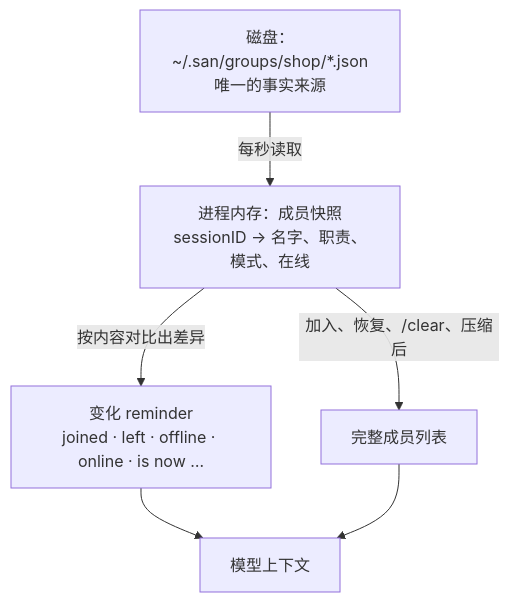
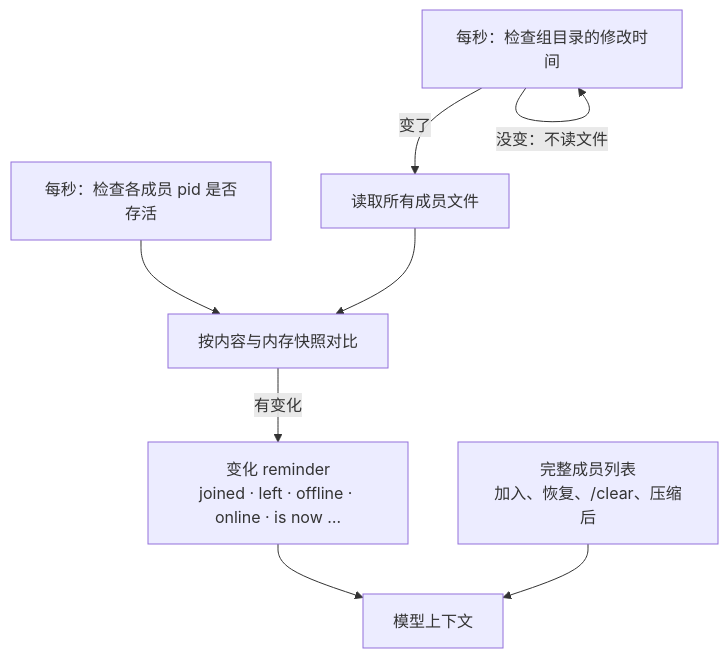
Before and after one commit to genai-io/san: the third of 5 diagrams in docs/design/proposals/0003-session-groups.zh.md, drawn with Mermaid. The commit also changed other lines of this file and 1 other file, not shown here.

````diff
--- a/docs/design/proposals/0003-session-groups.zh.md
+++ b/docs/design/proposals/0003-session-groups.zh.md
@@ -219,8 +219,10 @@
 ```mermaid
 flowchart TB
-    D["磁盘：~/.san/groups/shop/*.json<br/>唯一的事实来源"] -->|每秒读取| S["进程内存：成员快照<br/>sessionID → 名字、职责、模式、在线"]
-    S -->|按内容对比出差异| R["变化 reminder<br/>joined · left · offline · online · is now …"]
-    S -->|加入、恢复、/clear、压缩后| F["完整成员列表"]
+    T["每秒：检查组目录的修改时间"] -->|没变：不读文件| T
+    T -->|变了| D["读取所有成员文件"]
+    P["每秒：检查各成员 pid 是否存活"] --> S
+    D --> S["按内容与内存快照对比"]
+    S -->|有变化| R["变化 reminder<br/>joined · left · offline · online · is now …"]
     R --> M["模型上下文"]
-    F --> M
+    F["完整成员列表<br/>加入、恢复、/clear、压缩后"] --> M
 ```
````
